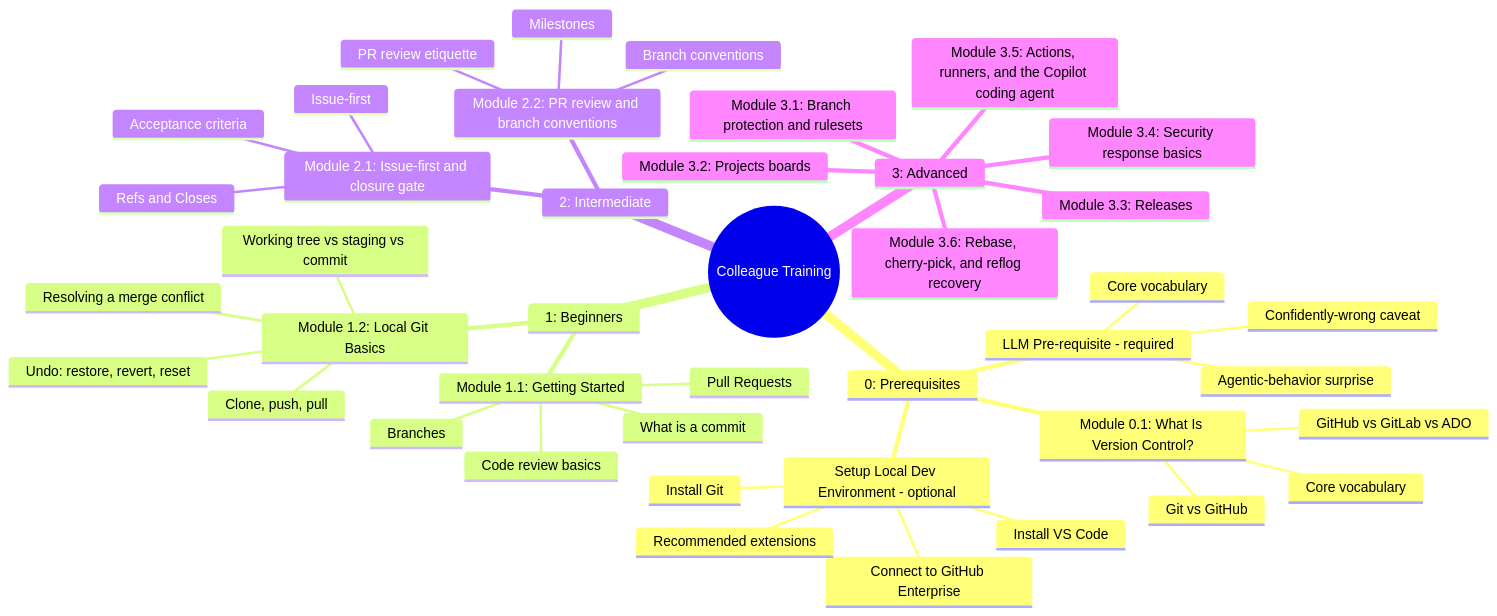
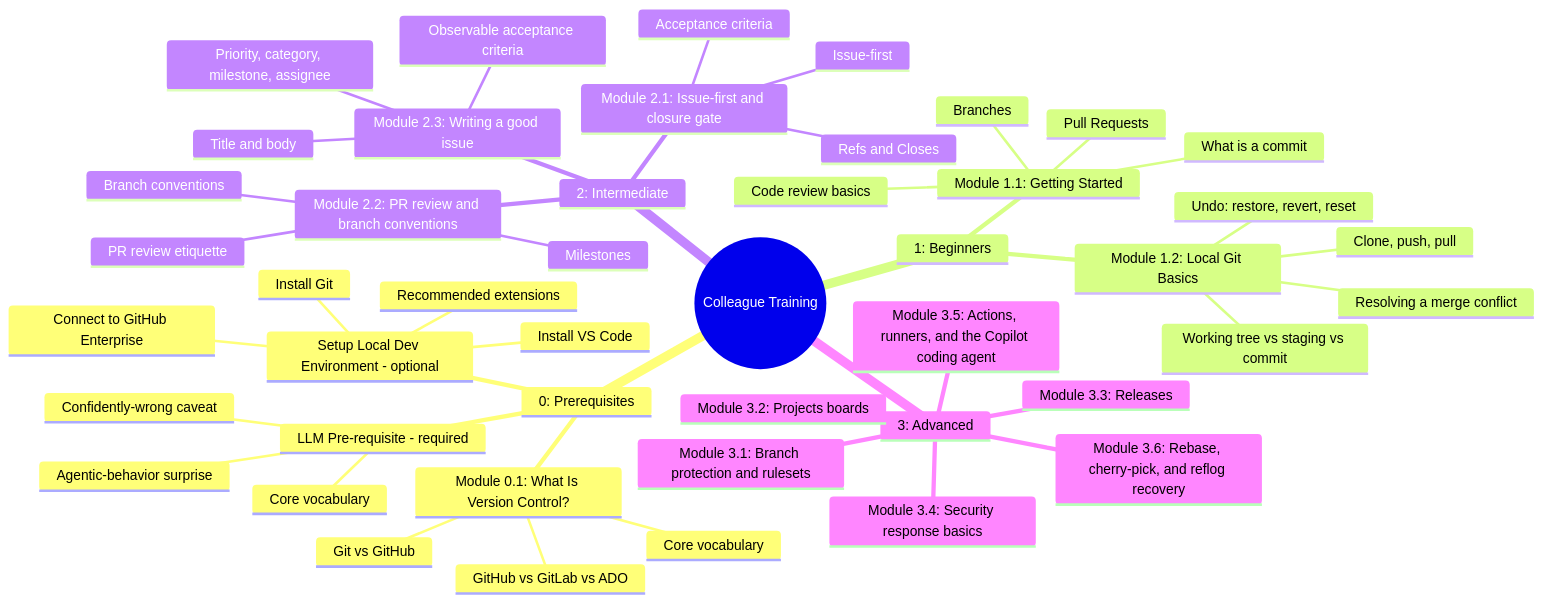
Before and after one commit to JeanKadang/DOC-GitHub-Practice-Skills: the second of 2 diagrams in education/README.md, drawn with Mermaid. The commit also changed other lines of this file and 3 other files, not shown here.

First line of the commit message:
docs: add Module 2.3, writing a good issue

````diff
--- a/education/README.md
+++ b/education/README.md
@@ -95,45 +98,49 @@
 ```mermaid
 mindmap
   root((Colleague Training))
     0: Prerequisites
       Module 0.1: What Is Version Control?
         Git vs GitHub
         Core vocabulary
         GitHub vs GitLab vs ADO
       LLM Pre-requisite - required
         Core vocabulary
         Agentic-behavior surprise
         Confidently-wrong caveat
       Setup Local Dev Environment - optional
         Install Git
         Install VS Code
         Connect to GitHub Enterprise
         Recommended extensions
     1: Beginners
       Module 1.1: Getting Started
         What is a commit
         Branches
         Pull Requests
         Code review basics
       Module 1.2: Local Git Basics
         Working tree vs staging vs commit
         Clone, push, pull
         Resolving a merge conflict
         Undo: restore, revert, reset
     2: Intermediate
       Module 2.1: Issue-first and closure gate
         Issue-first
         Refs and Closes
         Acceptance criteria
       Module 2.2: PR review and branch conventions
         PR review etiquette
         Branch conventions
         Milestones
+      Module 2.3: Writing a good issue
+        Title and body
+        Observable acceptance criteria
+        Priority, category, milestone, assignee
     3: Advanced
       Module 3.1: Branch protection and rulesets
       Module 3.2: Projects boards
       Module 3.3: Releases
       Module 3.4: Security response basics
       Module 3.5: Actions, runners, and the Copilot coding agent
       Module 3.6: Rebase, cherry-pick, and reflog recovery
 ```
````
